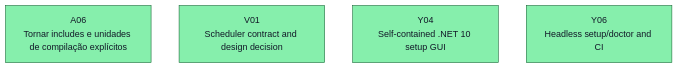
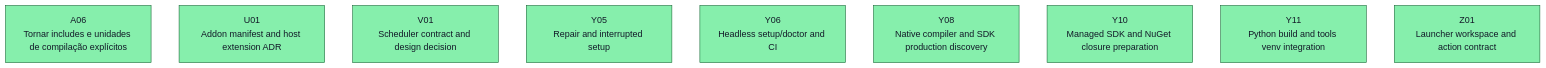
Before and after one commit to ocarizr/spaceraiders: the first of 27 diagrams in docs/task-dependencies.md, drawn with Mermaid (forest theme). The commit also changed other lines of this file and 16 other files, not shown here.

First line of the commit message:
feat(Y04): add self-contained Windows environment setup GUI (#24)

````diff
--- a/docs/task-dependencies.md
+++ b/docs/task-dependencies.md
@@ -23,10 +24,15 @@
 ```mermaid
 flowchart TD
     ready_A06["A06<br/>Tornar includes e unidades de compilação explícitos"]:::ready
+    ready_U01["U01<br/>Addon manifest and host extension ADR"]:::ready
     ready_V01["V01<br/>Scheduler contract and design decision"]:::ready
-    ready_Y04["Y04<br/>Self-contained .NET 10 setup GUI"]:::ready
+    ready_Y05["Y05<br/>Repair and interrupted setup"]:::ready
     ready_Y06["Y06<br/>Headless setup/doctor and CI"]:::ready
+    ready_Y08["Y08<br/>Native compiler and SDK production discovery"]:::ready
+    ready_Y10["Y10<br/>Managed SDK and NuGet closure preparation"]:::ready
+    ready_Y11["Y11<br/>Python build and tools venv integration"]:::ready
+    ready_Z01["Z01<br/>Launcher workspace and action contract"]:::ready
     classDef pending fill:#ffffff,stroke:#6b7280,color:#111827
     classDef ready fill:#86efac,stroke:#166534,color:#111827
     classDef done fill:#f87171,stroke:#991b1b,color:#111827
 ```
````
